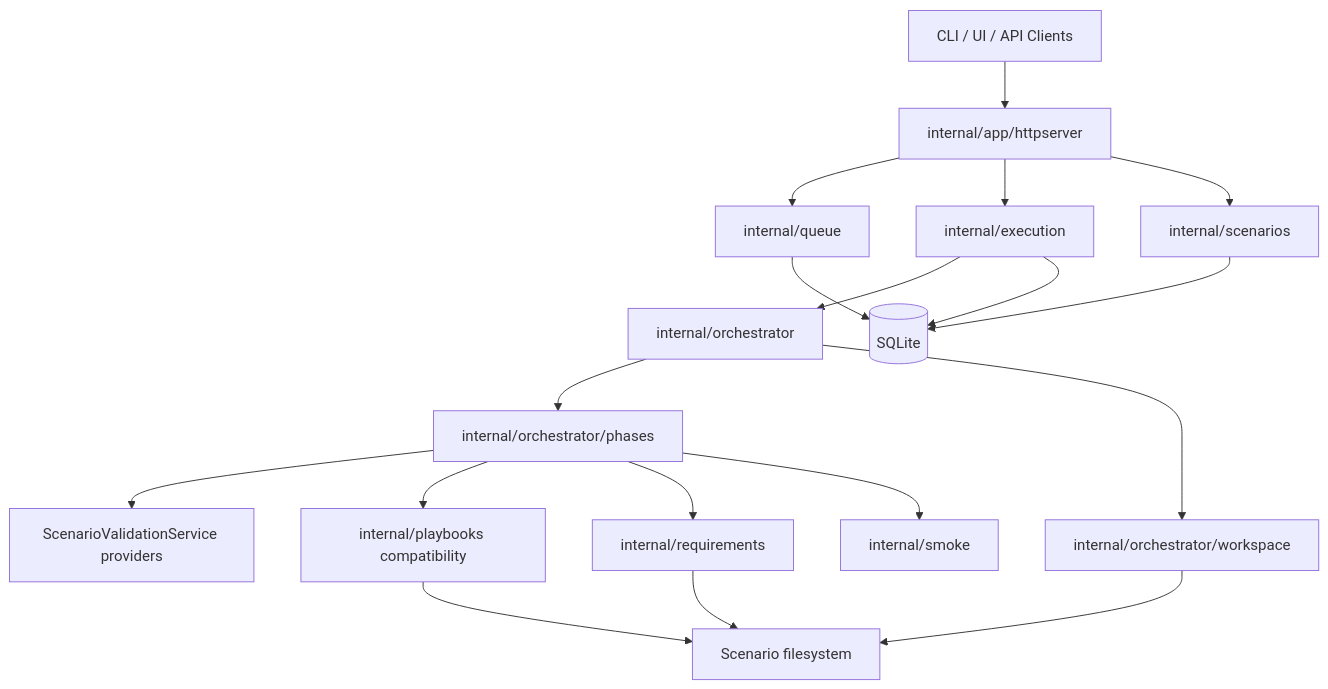
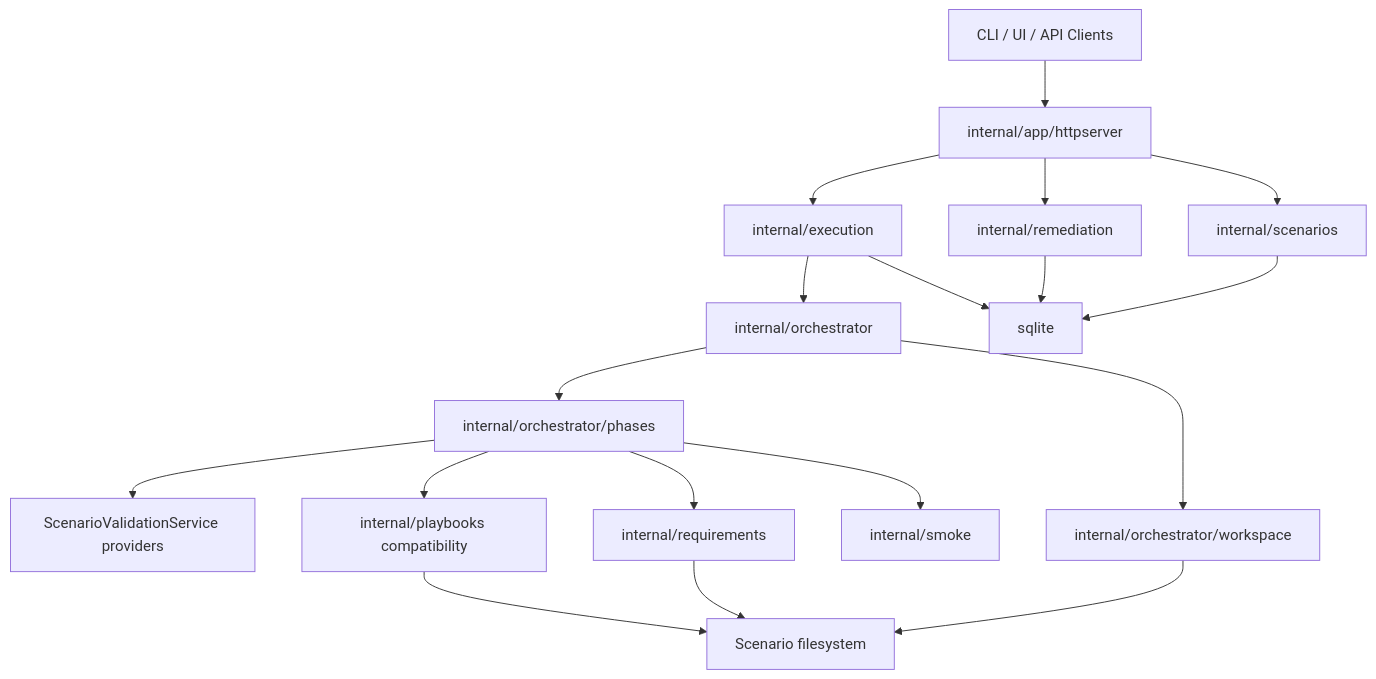
The diagram in scenarios/test-genie/docs/concepts/architecture.md (Vrooli/Vrooli), drawn with Mermaid before and after one commit. The commit also changed other lines of this file and 183 other files, not shown here.

````diff
--- a/scenarios/test-genie/docs/concepts/architecture.md
+++ b/scenarios/test-genie/docs/concepts/architecture.md
@@ -7,22 +7,22 @@
 ```mermaid
 flowchart TB
     cli["CLI / UI / API Clients"] --> http["internal/app/httpserver"]
-    http --> queue["internal/queue"]
     http --> execution["internal/execution"]
+    http --> remediation["internal/remediation"]
     http --> scenarios["internal/scenarios"]
 
     execution --> orchestrator["internal/orchestrator"]
     orchestrator --> phases["internal/orchestrator/phases"]
     orchestrator --> workspace["internal/orchestrator/workspace"]
     phases --> providers["ScenarioValidationService providers"]
     phases --> playbooks["internal/playbooks compatibility"]
     phases --> requirements["internal/requirements"]
     phases --> smoke["internal/smoke"]
 
-    queue --> sqlite[(SQLite)]
     execution --> sqlite
+    remediation --> sqlite
     scenarios --> sqlite
     playbooks --> fs["Scenario filesystem"]
     workspace --> fs
     requirements --> fs
 ```
````
